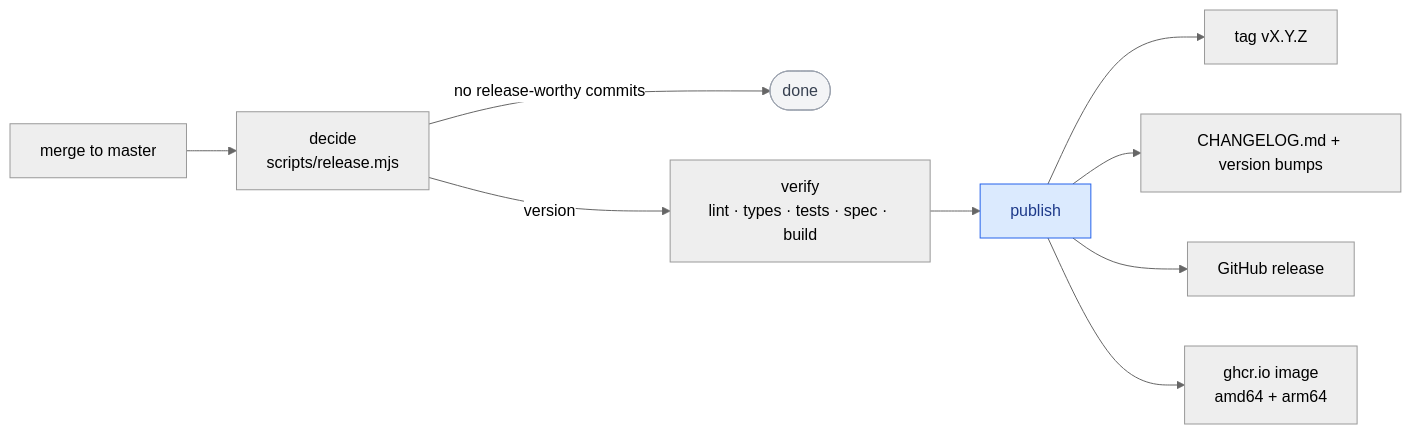
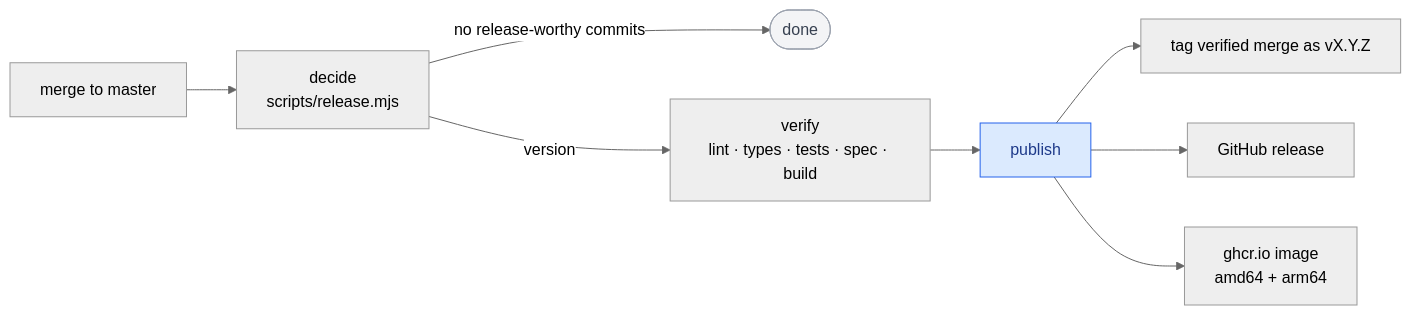
Before and after one commit to hoangsonww/Flappy-Bird-Game: the second of 2 diagrams in docs/CI-CD.md, drawn with Mermaid (neutral theme). The commit also changed other lines of this file and 6 other files, not shown here.

````diff
--- a/docs/CI-CD.md
+++ b/docs/CI-CD.md
@@ -100,14 +100,13 @@
 ```mermaid
 flowchart LR
     M["merge to master"] --> D["decide<br/>scripts/release.mjs"]
     D -->|no release-worthy commits| Stop([done])
     D -->|version| V["verify<br/>lint · types · tests · spec · build"]
     V --> P["publish"]
-    P --> T["tag vX.Y.Z"]
-    P --> C["CHANGELOG.md + version bumps"]
+    P --> T["tag verified merge as vX.Y.Z"]
     P --> R["GitHub release"]
     P --> I["ghcr.io image<br/>amd64 + arm64"]
 
     style Stop fill:#f3f4f6,stroke:#9ca3af,color:#374151
     style P fill:#dbeafe,stroke:#2563eb,color:#1e3a8a
 ```
````
